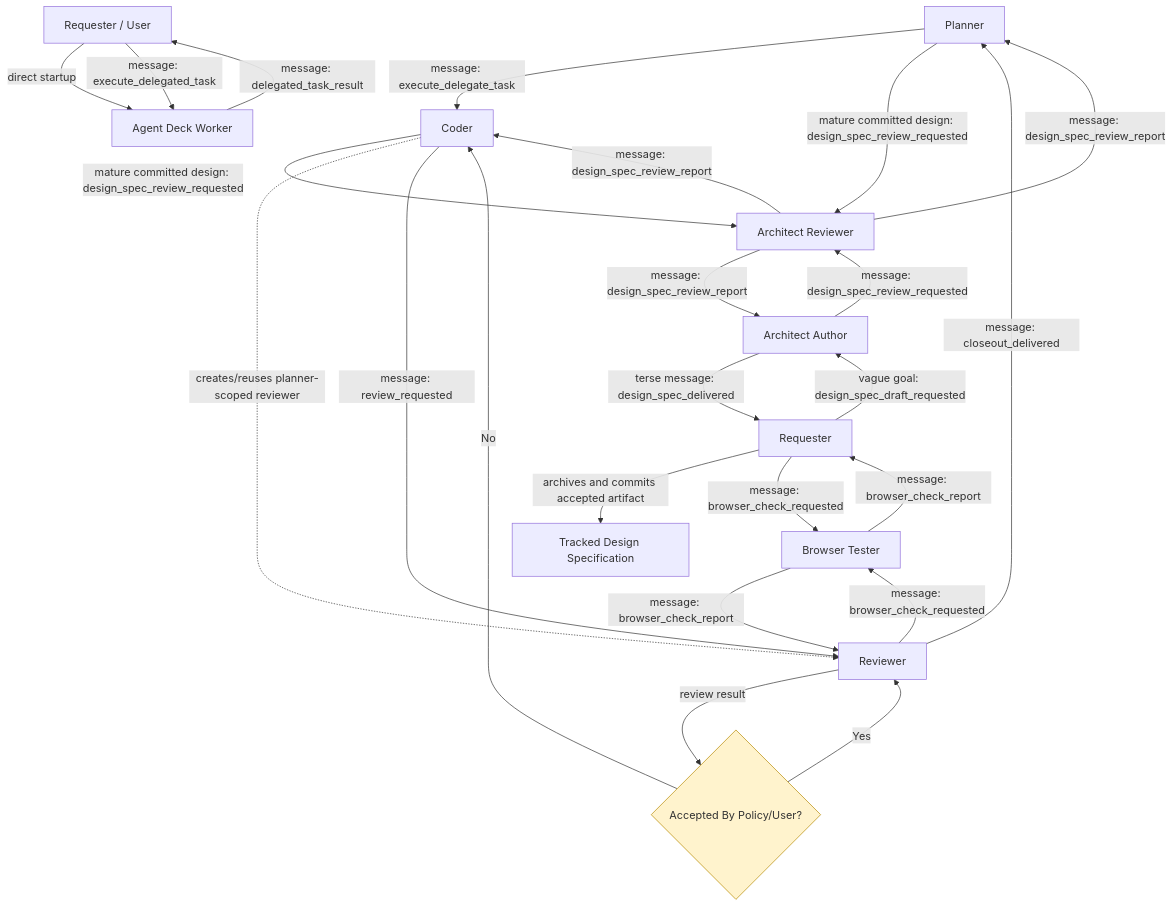
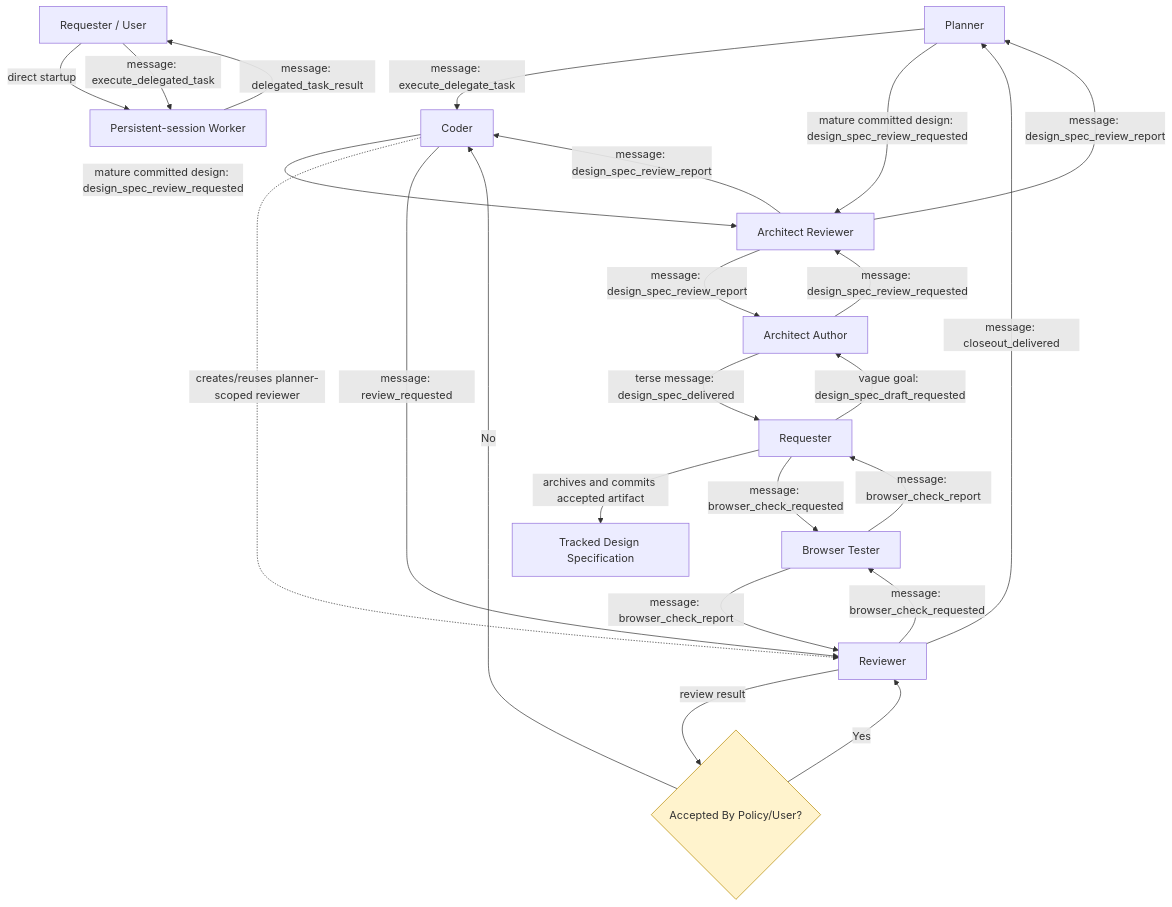
One commit to ruiheng/agentgear changed the diagram in skills/README.md. Above: the diagram before and after it, drawn with Mermaid. The commit also changed other lines of this file and 28 other files, not shown here.

````diff
--- a/skills/README.md
+++ b/skills/README.md
@@ -130,28 +133,28 @@
 ```mermaid
 flowchart TD
-    Q[Requester / User] -->|direct startup| W[Agent Deck Worker]
+    Q[Requester / User] -->|direct startup| W[Persistent-session Worker]
     Q -->|message: execute_delegated_task| W
     W -->|message: delegated_task_result| Q
     P[Planner] -->|message: execute_delegate_task| C[Coder]
     X[Original Requester] -->|vague goal: design_spec_draft_requested| DA[Architect Author]
     DA -->|message: design_spec_review_requested| A[Architect Reviewer]
     A -->|message: design_spec_review_report| DA
     DA -->|terse message: design_spec_delivered| X
     X -->|archives and commits accepted artifact| D[Tracked Design Specification]
     P -->|mature committed design: design_spec_review_requested| A
     C -->|mature committed design: design_spec_review_requested| A
     A -->|message: design_spec_review_report| P
     A -->|message: design_spec_review_report| C
     C -. creates/reuses planner-scoped reviewer .-> R[Reviewer]
     C -->|message: review_requested| R
     R -->|message: browser_check_requested| B[Browser Tester]
     B -->|message: browser_check_report| R
     X[Requester] -->|message: browser_check_requested| B
     B -->|message: browser_check_report| X
     R -->|review result| DEC{Accepted By Policy/User?}
     DEC -- No --> C
     DEC -- Yes --> R
     R -->|message: closeout_delivered| P
 
     style DEC fill:#fff3cd,stroke:#b58900,stroke-width:1px
 ```
````
